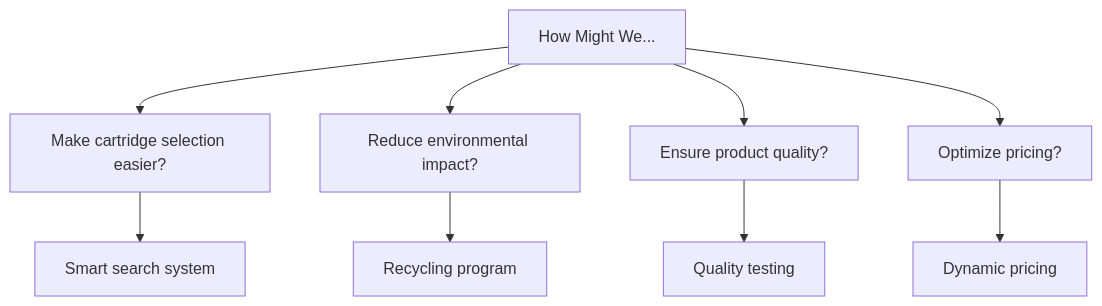
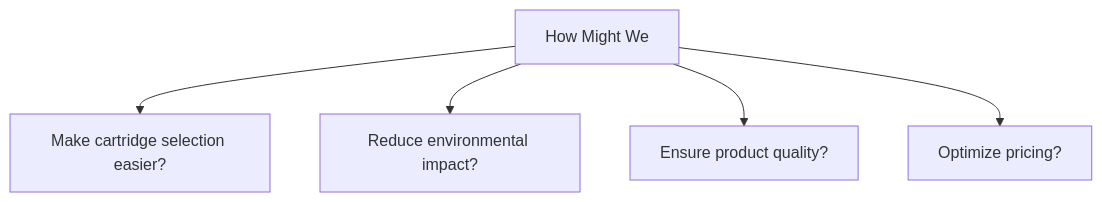
The fourth of 9 diagrams in presentation.md (Arinhakeo/Portfolio-Project), drawn with Mermaid before and after one commit. The commit also changed other lines of this file and 65 other files, not shown here.

````diff
--- a/presentation.md
+++ b/presentation.md
@@ -92,11 +77,7 @@
 ```mermaid
 graph TD
-    A[How Might We...] --> B[Make cartridge selection easier?]
+    A[How Might We] --> B[Make cartridge selection easier?]
     A --> C[Reduce environmental impact?]
     A --> D[Ensure product quality?]
     A --> E[Optimize pricing?]
-    B --> B1[Smart search system]
-    C --> C1[Recycling program]
-    D --> D1[Quality testing]
-    E --> E1[Dynamic pricing]
 ```
````
